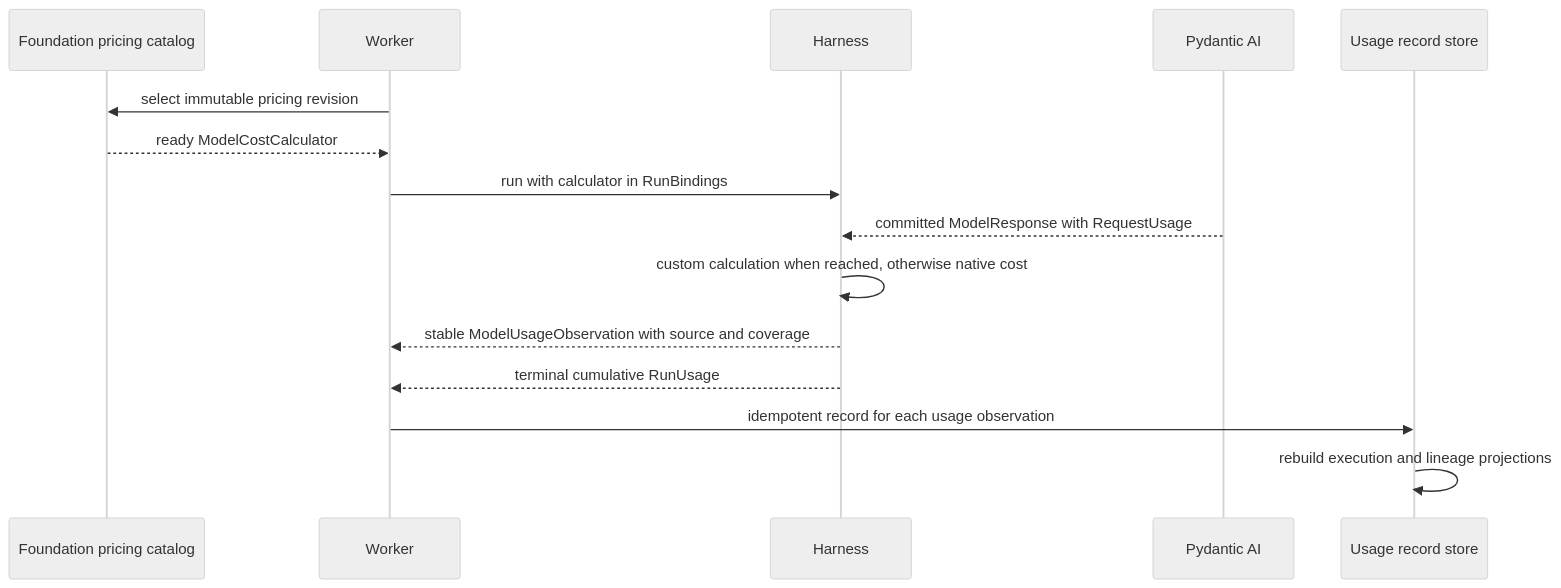
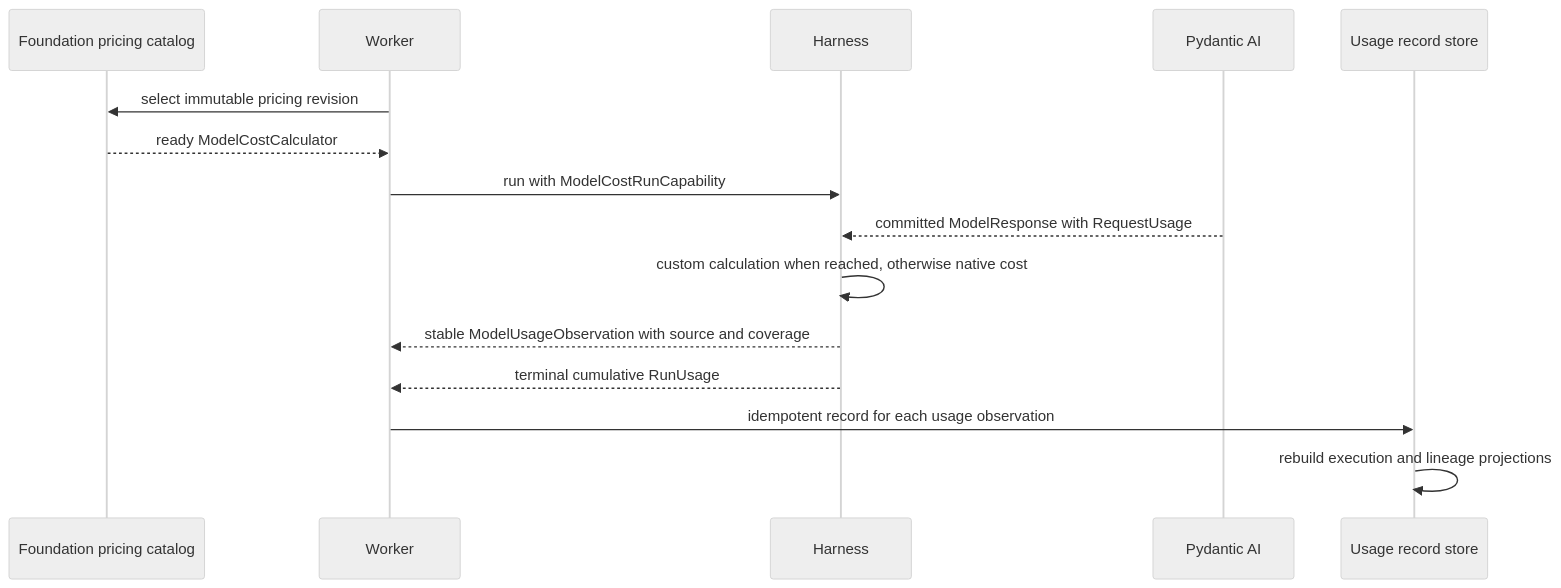
Before and after one commit to LTThreeComma/agent-foundation: the diagram in spec/foundation-service/05-usage-accounting.md, drawn with Mermaid (neutral theme). The commit also changed other lines of this file and 31 other files, not shown here.

````diff
--- a/spec/foundation-service/05-usage-accounting.md
+++ b/spec/foundation-service/05-usage-accounting.md
@@ -137,18 +137,18 @@
 ```mermaid
 sequenceDiagram
     participant Catalog as Foundation pricing catalog
     participant Worker
     participant Harness
     participant PAI as Pydantic AI
     participant Store as Usage record store
 
     Worker->>Catalog: select immutable pricing revision
     Catalog-->>Worker: ready ModelCostCalculator
-    Worker->>Harness: run with calculator in RunBindings
+    Worker->>Harness: run with ModelCostRunCapability
     PAI-->>Harness: committed ModelResponse with RequestUsage
     Harness->>Harness: custom calculation when reached, otherwise native cost
     Harness-->>Worker: stable ModelUsageObservation with source and coverage
     Harness-->>Worker: terminal cumulative RunUsage
     Worker->>Store: idempotent record for each usage observation
     Store->>Store: rebuild execution and lineage projections
 ```
````
